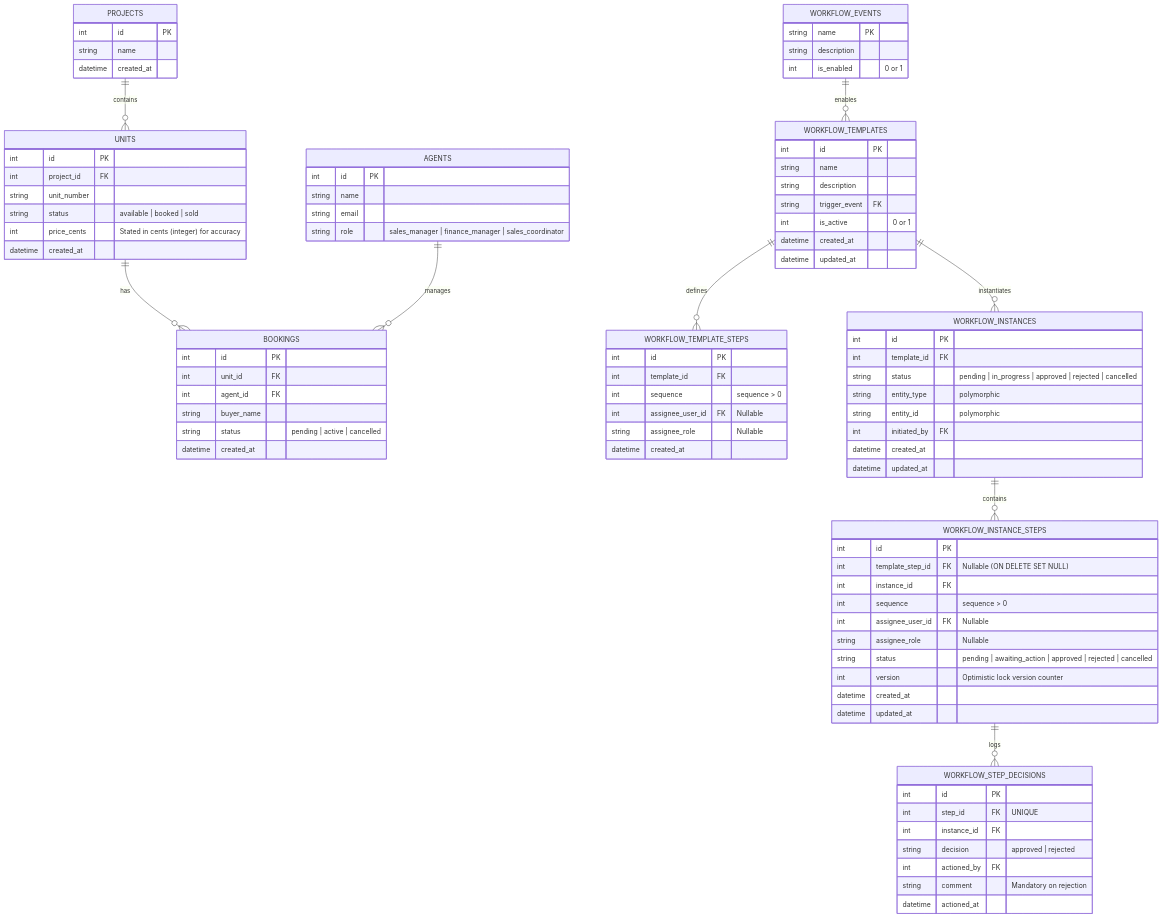
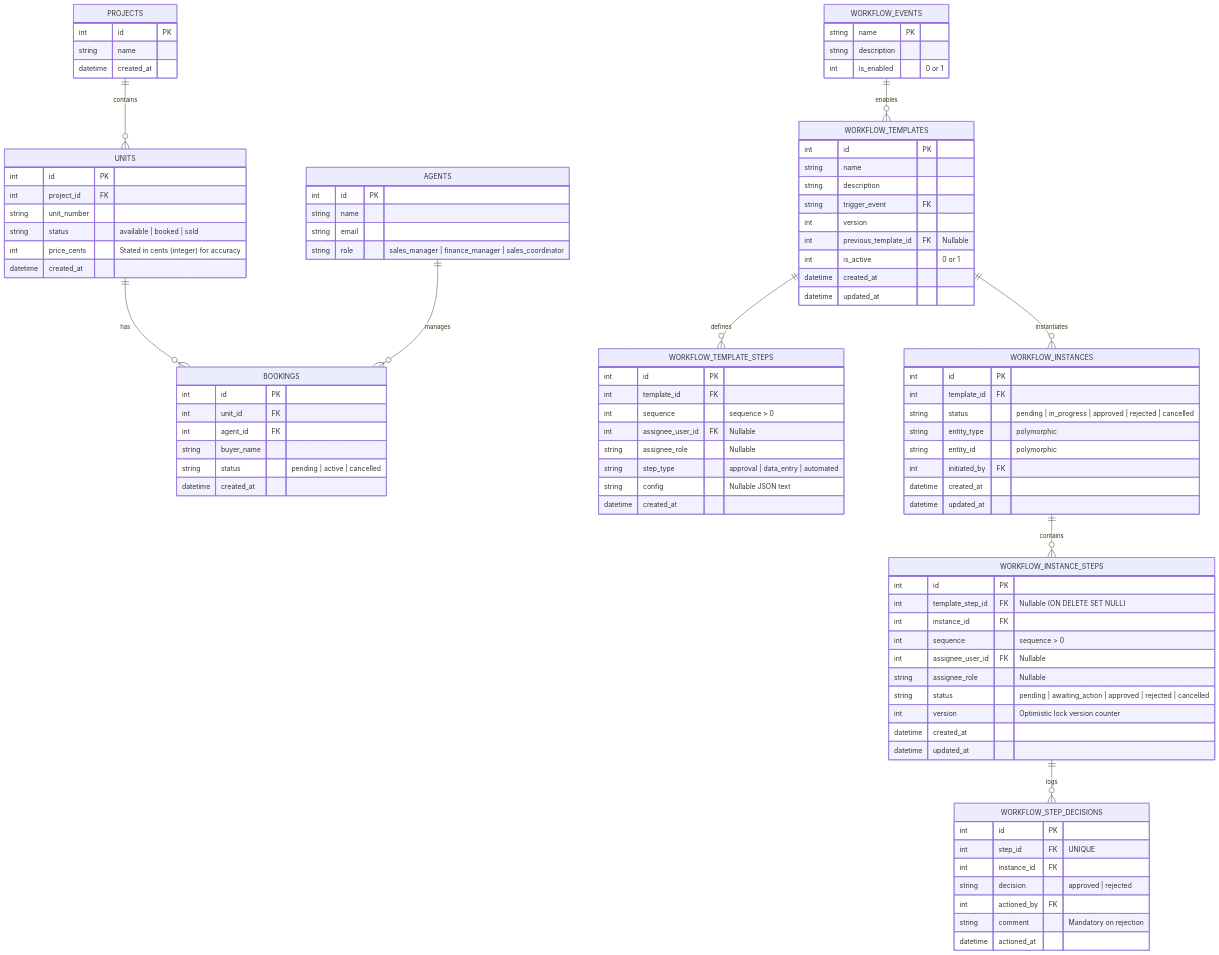
The diagram in README.md (yuhangang/mhub-assessment), drawn with Mermaid before and after one commit. The commit also changed other lines of this file and 12 other files, not shown here.

Commit message:
fix: make step_type rendering null-safe on overview page

```diff
--- a/README.md
+++ b/README.md
@@ -118,6 +118,8 @@
         string name
         string description
         string trigger_event FK
+        int version
+        int previous_template_id FK "Nullable"
         int is_active "0 or 1"
         datetime created_at
         datetime updated_at
@@ -129,6 +131,8 @@
         int sequence "sequence > 0"
         int assignee_user_id FK "Nullable"
         string assignee_role "Nullable"
+        string step_type "approval | data_entry | automated"
+        string config "Nullable JSON text"
         datetime created_at
     }
 
```
